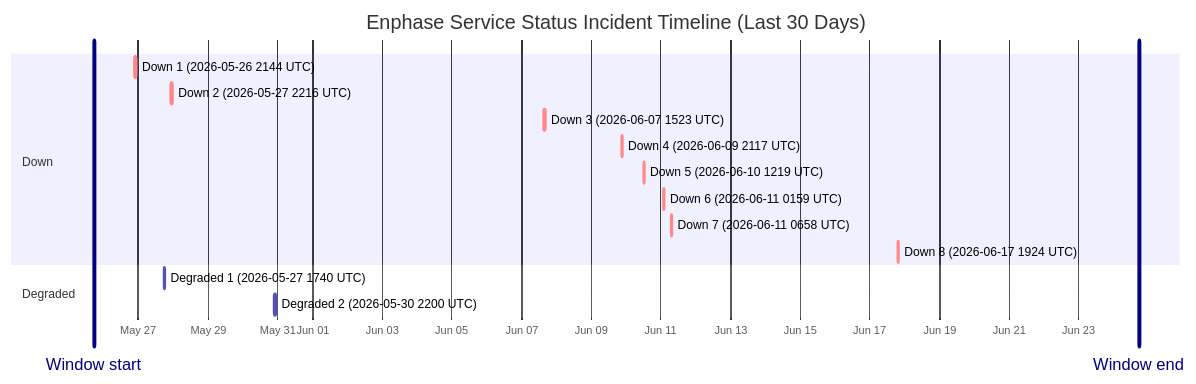
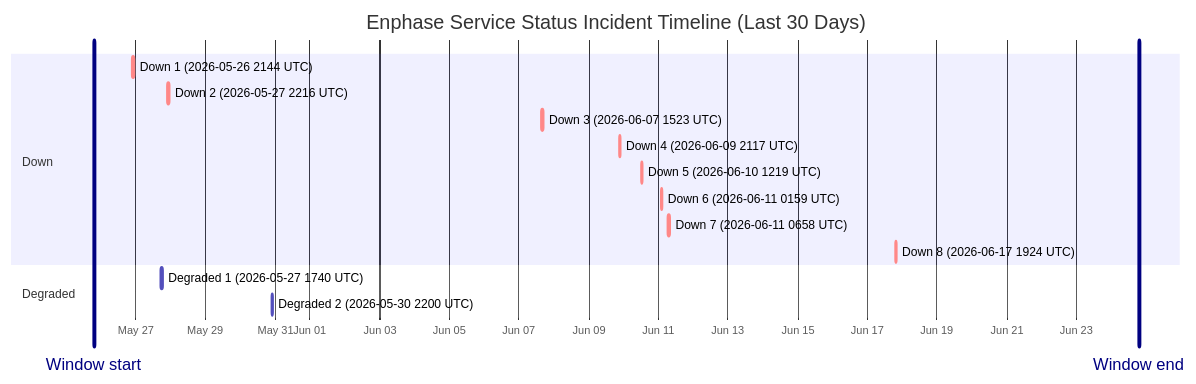
One commit to barneyonline/ha-enphase-energy changed the diagram in wiki/Service-Status-History.md. Above: the diagram before and after it, drawn with Mermaid. The commit also changed other lines of this file and 3 other files, not shown here.

````diff
--- a/wiki/Service-Status-History.md
+++ b/wiki/Service-Status-History.md
@@ -14,20 +14,20 @@
 ```mermaid
 gantt
     title Enphase Service Status Incident Timeline (Last 30 Days)
     dateFormat  YYYY-MM-DDTHH:mm:ss
     axisFormat  %b %d
-    Window start :vert, window-start, 2026-05-25T17:26:49, 0ms
-    Window end :vert, window-end, 2026-06-24T17:26:49, 0ms
+    Window start :vert, window-start, 2026-05-25T19:12:22, 0ms
+    Window end :vert, window-end, 2026-06-24T19:12:22, 0ms
     section Down
     Down 1 (2026-05-26 2144 UTC) :crit, down-1, 2026-05-26T21:44:11, 85m
     Down 2 (2026-05-27 2216 UTC) :crit, down-2, 2026-05-27T22:16:53, 87m
     Down 3 (2026-06-07 1523 UTC) :crit, down-3, 2026-06-07T15:23:22, 87m
     Down 4 (2026-06-09 2117 UTC) :crit, down-4, 2026-06-09T21:17:17, 60m
     Down 5 (2026-06-10 1219 UTC) :crit, down-5, 2026-06-10T12:19:21, 60m
     Down 6 (2026-06-11 0159 UTC) :crit, down-6, 2026-06-11T01:59:36, 60m
     Down 7 (2026-06-11 0658 UTC) :crit, down-7, 2026-06-11T06:58:45, 60m
     Down 8 (2026-06-17 1924 UTC) :crit, down-8, 2026-06-17T19:24:51, 60m
     section Degraded
     Degraded 1 (2026-05-27 1740 UTC) :active, degraded-1, 2026-05-27T17:40:52, 60m
     Degraded 2 (2026-05-30 2200 UTC) :active, degraded-2, 2026-05-30T22:00:37, 60m
 ```
````
